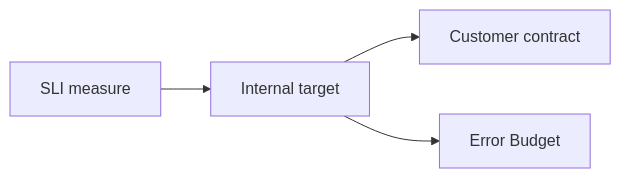
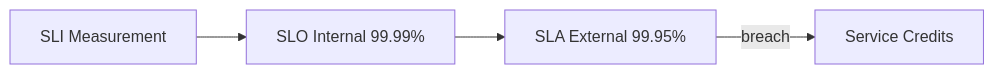
One commit to hareramcse/SystemDesign changed diagram 15 of 17 in 09-observability/README.md. Above: the diagram before and after it, drawn with Mermaid. The commit also changed other lines of this file and 15 other files, not shown here.

````diff
--- a/09-observability/README.md
+++ b/09-observability/README.md
@@ -199,6 +758,6 @@
 ```mermaid
 flowchart LR
-    SLI[SLI measure] --> SLO[Internal target]
-    SLO --> SLA[Customer contract]
-    SLO --> EB[Error Budget]
+    SLI[SLI Measurement] --> SLO[SLO Internal 99.99%]
+    SLO --> SLA[SLA External 99.95%]
+    SLA -->|breach| Credit[Service Credits]
 ```
````
